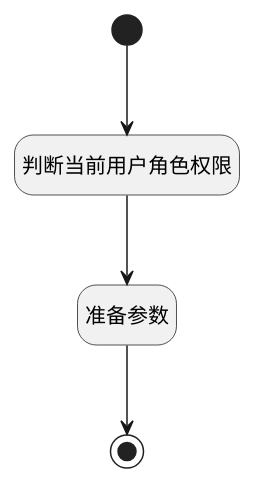
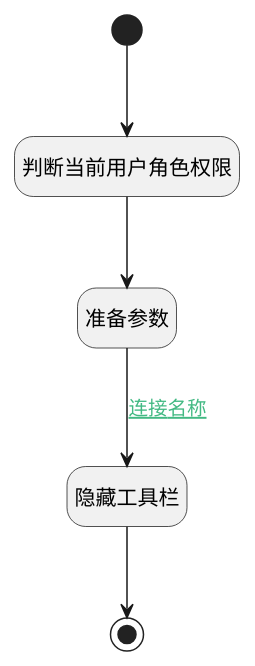
Before and after one commit to iBizLab/plm: the diagram in doc/docsify/module/Wiki/space/uilogic/recognize_cur_user_role.md, drawn with PlantUML. The commit also changed other lines of this file and 2688 other files, not shown here.

````diff
--- a/doc/docsify/module/Wiki/space/uilogic/recognize_cur_user_role.md
+++ b/doc/docsify/module/Wiki/space/uilogic/recognize_cur_user_role.md
@@ -7,23 +7,25 @@
 ```plantuml
 @startuml
 hide footbox
 <style>
 root {
   HyperlinkColor #42b983
 }
 </style>
 
 hide empty description
 state "开始" as Begin <<start>> [[$./recognize_cur_user_role#begin {开始}]]
-state "结束" as END1 <<end>> [[$./recognize_cur_user_role#end1 {结束}]]
+state "隐藏工具栏" as RAWJSCODE1  [[$./recognize_cur_user_role#rawjscode1 {隐藏工具栏}]]
 state "判断当前用户角色权限" as DEACTION1  [[$./recognize_cur_user_role#deaction1 {判断当前用户角色权限}]]
 state "准备参数" as PREPAREJSPARAM1  [[$./recognize_cur_user_role#preparejsparam1 {准备参数}]]
+state "结束" as END1 <<end>> [[$./recognize_cur_user_role#end1 {结束}]]
 
 
 Begin --> DEACTION1
 DEACTION1 --> PREPAREJSPARAM1
-PREPAREJSPARAM1 --> END1
+PREPAREJSPARAM1 --> RAWJSCODE1 : [[$./recognize_cur_user_role#preparejsparam1-rawjscode1{连接名称} 连接名称]]
+RAWJSCODE1 --> END1
 
 
 @enduml
 ```
````
